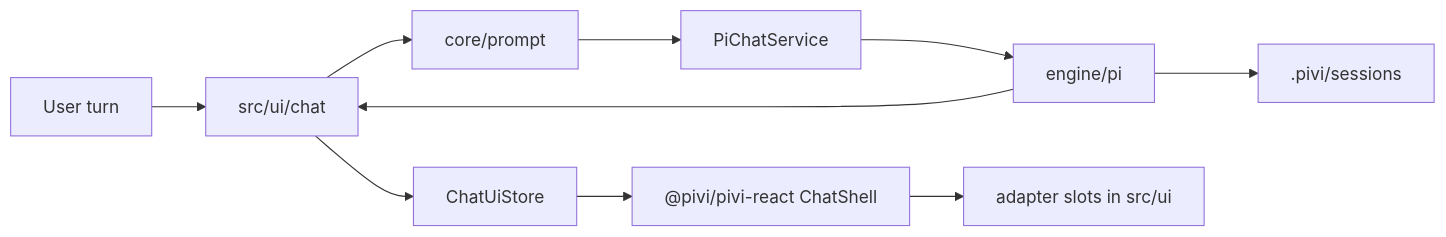
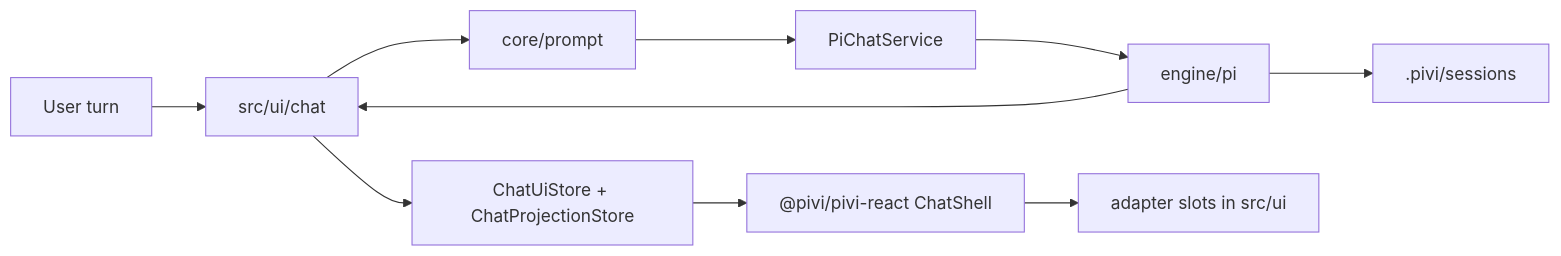
The third of 4 diagrams in AGENTS.md (shuuul/obsidian-pivi), drawn with Mermaid before and after one commit. The commit also changed other lines of this file and 58 other files, not shown here.

````diff
--- a/AGENTS.md
+++ b/AGENTS.md
@@ -190,12 +190,12 @@
 ```mermaid
 flowchart LR
   User["User turn"] --> ChatRt["src/ui/chat"]
   ChatRt --> Prompt["core/prompt"]
   Prompt --> Service["PiChatService"]
   Service --> Engine["engine/pi"]
   Engine --> ChatRt
-  ChatRt --> Store["ChatUiStore"]
+  ChatRt --> Store["ChatUiStore + ChatProjectionStore"]
   Store --> Shell["@pivi/pivi-react ChatShell"]
   Shell --> Adapters["adapter slots in src/ui"]
   Engine --> Session[".pivi/sessions"]
 ```
````
